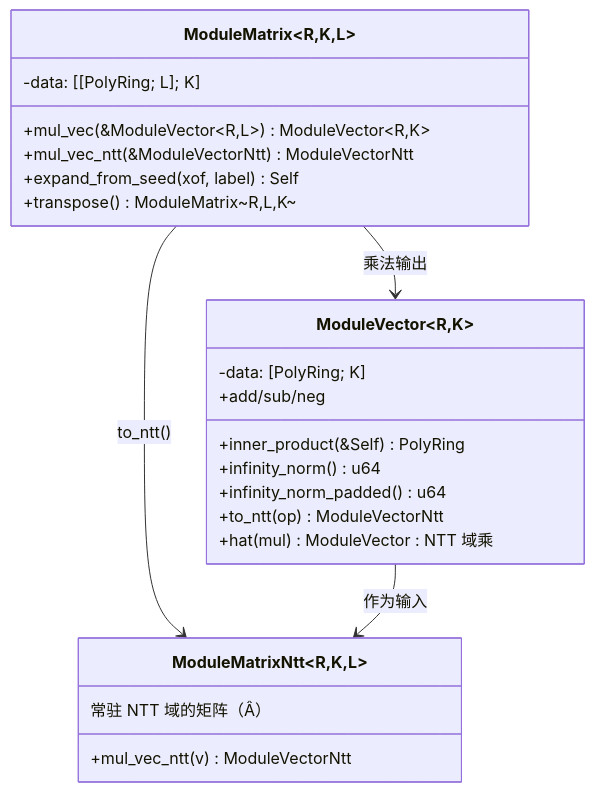
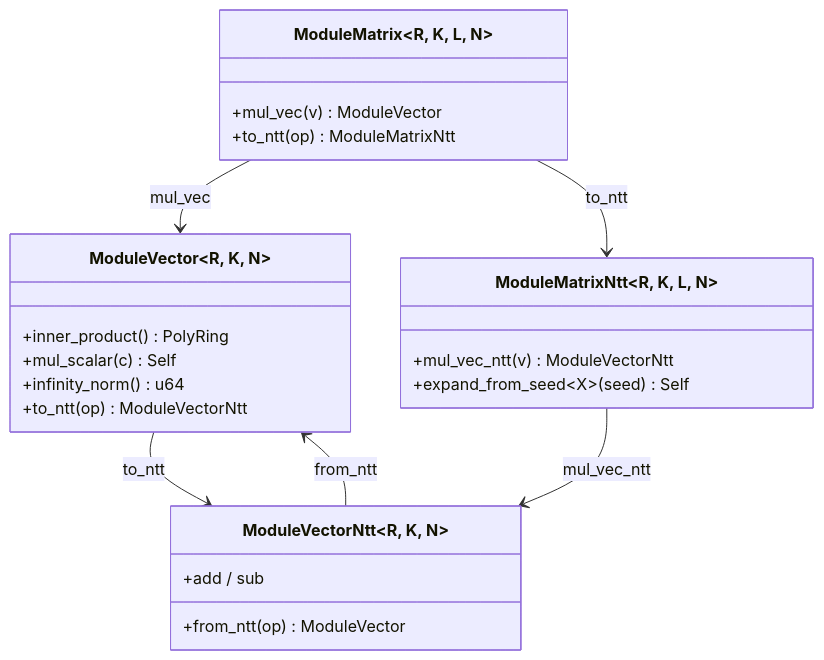
The diagram in docs/src/pages/design/module-lattice.mdx (SuccinctPaul/lattice-algebra-rs), drawn with Mermaid before and after one commit. The commit also changed other lines of this file and 54 other files, not shown here.

````diff
--- a/docs/src/pages/design/module-lattice.mdx
+++ b/docs/src/pages/design/module-lattice.mdx
@@ -7,26 +7,26 @@
 ```mermaid
 classDiagram
-    class ModuleVector~R,K~ {
-        -data: [PolyRing; K]
-        +inner_product(&Self) PolyRing
+    class ModuleVector~R, K, N~ {
+        +inner_product() PolyRing
+        +mul_scalar(c) Self
         +infinity_norm() u64
-        +infinity_norm_padded() u64
-        +add/sub/neg
         +to_ntt(op) ModuleVectorNtt
-        +hat(mul) ModuleVector : NTT 域乘
     }
-    class ModuleMatrix~R,K,L~ {
-        -data: [[PolyRing; L]; K]
-        +mul_vec(&ModuleVector~R,L~) ModuleVector~R,K~
-        +mul_vec_ntt(&ModuleVectorNtt) ModuleVectorNtt
-        +expand_from_seed(xof, label) Self
-        +transpose() ModuleMatrix~R,L,K~
+    class ModuleMatrix~R, K, L, N~ {
+        +mul_vec(v) ModuleVector
+        +to_ntt(op) ModuleMatrixNtt
     }
-    class ModuleMatrixNtt~R,K,L~ {
-        常驻 NTT 域的矩阵（Â）
+    class ModuleVectorNtt~R, K, N~ {
+        +add / sub
+        +from_ntt(op) ModuleVector
+    }
+    class ModuleMatrixNtt~R, K, L, N~ {
         +mul_vec_ntt(v) ModuleVectorNtt
+        +expand_from_seed~X~(seed) Self
     }
-    ModuleMatrix --> ModuleVector : 乘法输出
-    ModuleMatrix --> ModuleMatrixNtt : to_ntt()
-    ModuleVector --> ModuleMatrixNtt : 作为输入
+    ModuleMatrix --> ModuleVector : mul_vec
+    ModuleMatrix --> ModuleMatrixNtt : to_ntt
+    ModuleVector --> ModuleVectorNtt : to_ntt
+    ModuleMatrixNtt --> ModuleVectorNtt : mul_vec_ntt
+    ModuleVectorNtt --> ModuleVector : from_ntt
 ```
````
